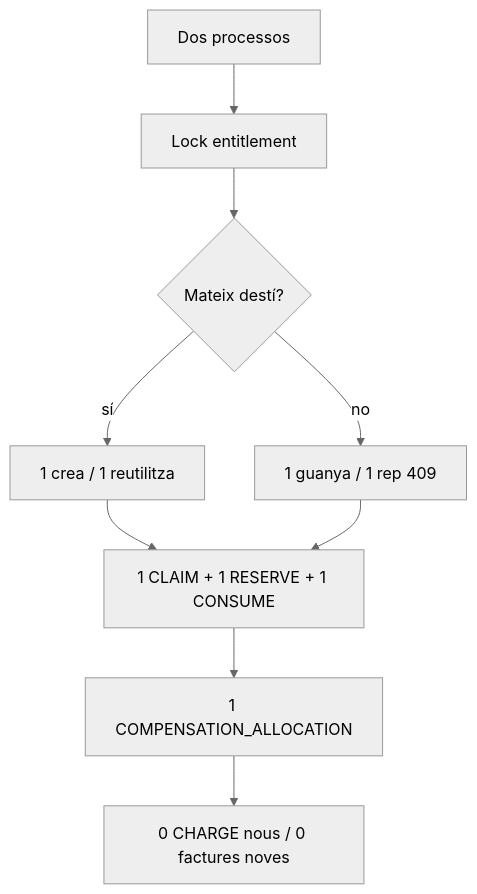
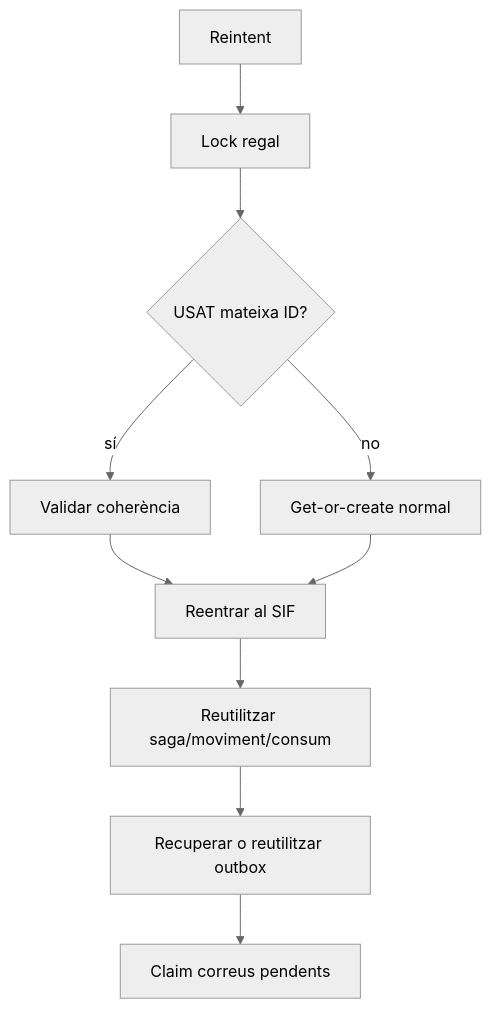
Before and after one commit to orgmeriemprismacat-del/verifactu: the sixth of 8 diagrams in documentacio/07-uml-integrat/uc-018-activitats-pagines-bescanvi-regal-actual-final.md, drawn with Mermaid (neutral theme). The commit also changed other lines of this file, not shown here.

Commit message:
docs(UC-018): reconciliar UML ACTUAL FINAL amb revalidacio 03-10

````diff
--- a/documentacio/07-uml-integrat/uc-018-activitats-pagines-bescanvi-regal-actual-final.md
+++ b/documentacio/07-uml-integrat/uc-018-activitats-pagines-bescanvi-regal-actual-final.md
@@ -41,11 +92,12 @@
 ```mermaid
 flowchart TD
-A[Dos processos] --> B[Lock entitlement]
-B --> C{Mateix destí?}
-C -- sí --> D[1 crea / 1 reutilitza]
-C -- no --> E[1 guanya / 1 rep 409]
-D --> F[1 CLAIM + 1 RESERVE + 1 CONSUME]
+A[Reintent] --> B[Lock regal]
+B --> C{USAT mateixa ID?}
+C -- sí --> D[Validar coherència]
+C -- no --> E[Get-or-create normal]
+D --> F[Reentrar al SIF]
 E --> F
-F --> G[1 COMPENSATION_ALLOCATION]
-G --> H[0 CHARGE nous / 0 factures noves]
+F --> G[Reutilitzar saga/moviment/consum]
+G --> H[Recuperar o reutilitzar outbox]
+H --> I[Claim correus pendents]
 ```
````
